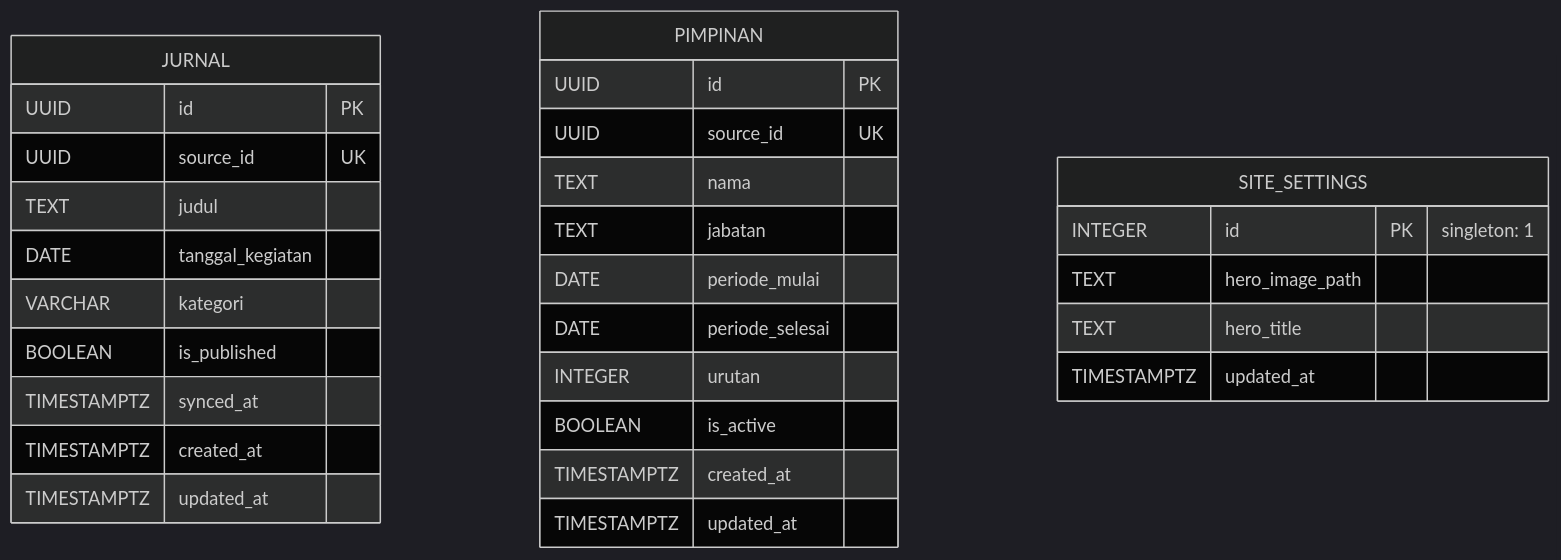
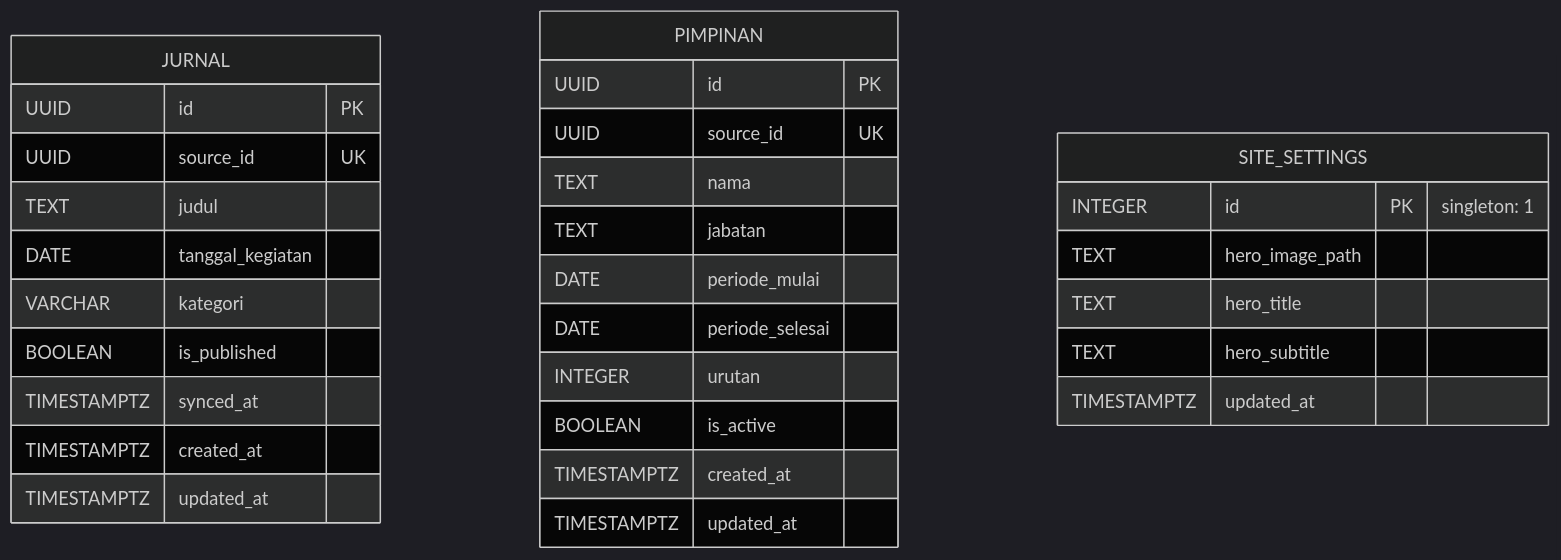
One commit to MohammadNasrullohh/etalase changed the diagram in docs/architecture/ERD.md. Above: the diagram before and after it, drawn with Mermaid (dark theme). The commit also changed other lines of this file and 13 other files, not shown here.

Commit message:
feat: make hero subtitle configurable

````diff
--- a/docs/architecture/ERD.md
+++ b/docs/architecture/ERD.md
@@ -5,34 +5,35 @@
 ```mermaid
 erDiagram
     JURNAL {
         UUID id PK
         UUID source_id UK
         TEXT judul
         DATE tanggal_kegiatan
         VARCHAR kategori
         BOOLEAN is_published
         TIMESTAMPTZ synced_at
         TIMESTAMPTZ created_at
         TIMESTAMPTZ updated_at
     }
 
     PIMPINAN {
         UUID id PK
         UUID source_id UK
         TEXT nama
         TEXT jabatan
         DATE periode_mulai
         DATE periode_selesai
         INTEGER urutan
         BOOLEAN is_active
         TIMESTAMPTZ created_at
         TIMESTAMPTZ updated_at
     }
 
     SITE_SETTINGS {
         INTEGER id PK "singleton: 1"
         TEXT hero_image_path
         TEXT hero_title
+        TEXT hero_subtitle
         TIMESTAMPTZ updated_at
     }
 ```
````
